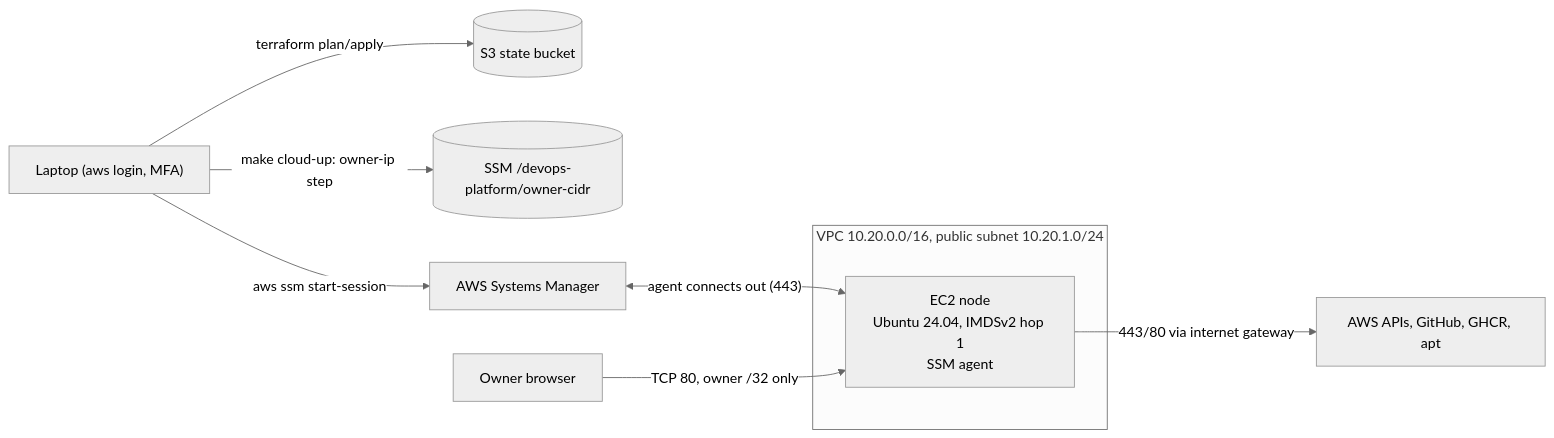
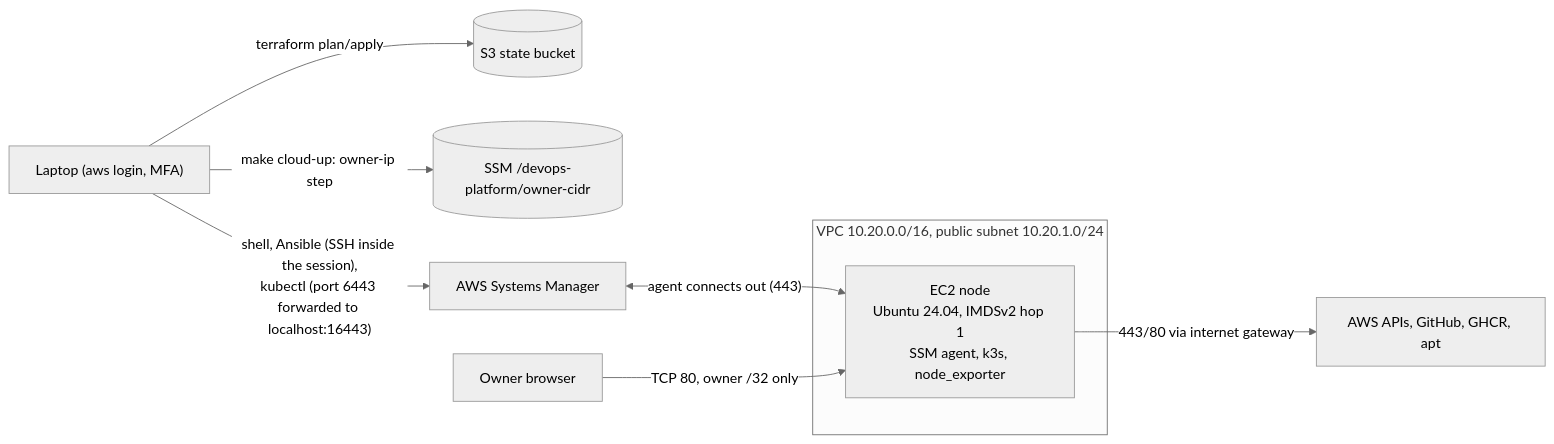
One commit to toolikheng/devops-platform changed the second of 2 diagrams in docs/architecture.md. Above: the diagram before and after it, drawn with Mermaid (neutral theme). The commit also changed other lines of this file and 4 other files, not shown here.

First line of the commit message:
docs: ADR 013, Ansible and k3s on the AWS node

````diff
--- a/docs/architecture.md
+++ b/docs/architecture.md
@@ -87,12 +88,12 @@
 ```mermaid
 flowchart LR
     laptop["Laptop (aws login, MFA)"] -->|terraform plan/apply| state[(S3 state bucket)]
     laptop -->|make cloud-up: owner-ip step| param[(SSM /devops-platform/owner-cidr)]
-    laptop -->|aws ssm start-session| ssm[AWS Systems Manager]
+    laptop -->|"shell, Ansible (SSH inside the session),<br/>kubectl (port 6443 forwarded to localhost:16443)"| ssm[AWS Systems Manager]
     subgraph vpc["VPC 10.20.0.0/16, public subnet 10.20.1.0/24"]
-        node["EC2 node<br/>Ubuntu 24.04, IMDSv2 hop 1<br/>SSM agent"]
+        node["EC2 node<br/>Ubuntu 24.04, IMDSv2 hop 1<br/>SSM agent, k3s, node_exporter"]
     end
     ssm <-->|"agent connects out (443)"| node
     browser["Owner browser"] -->|"TCP 80, owner /32 only"| node
     node -->|"443/80 via internet gateway"| internet["AWS APIs, GitHub, GHCR, apt"]
 ```
````
